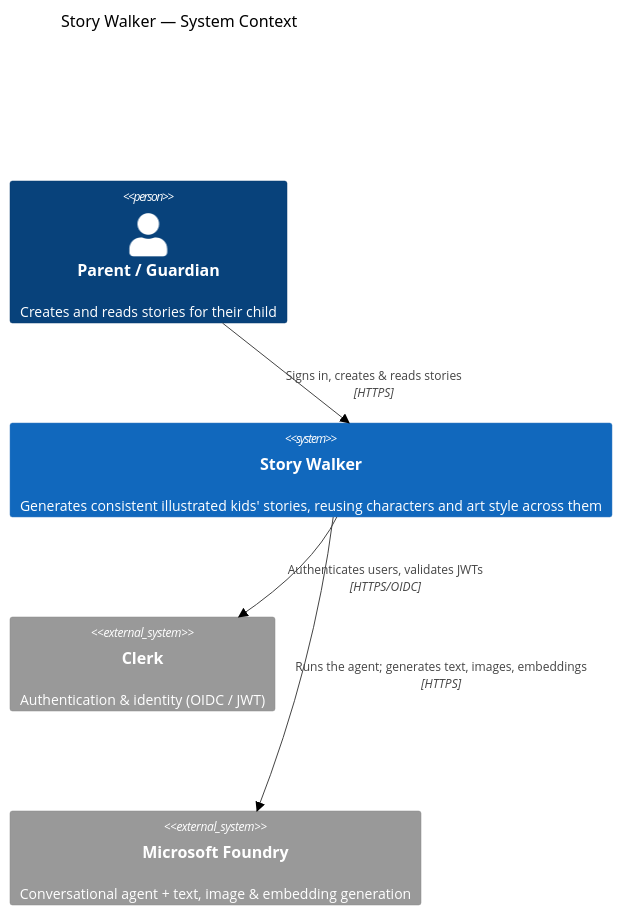
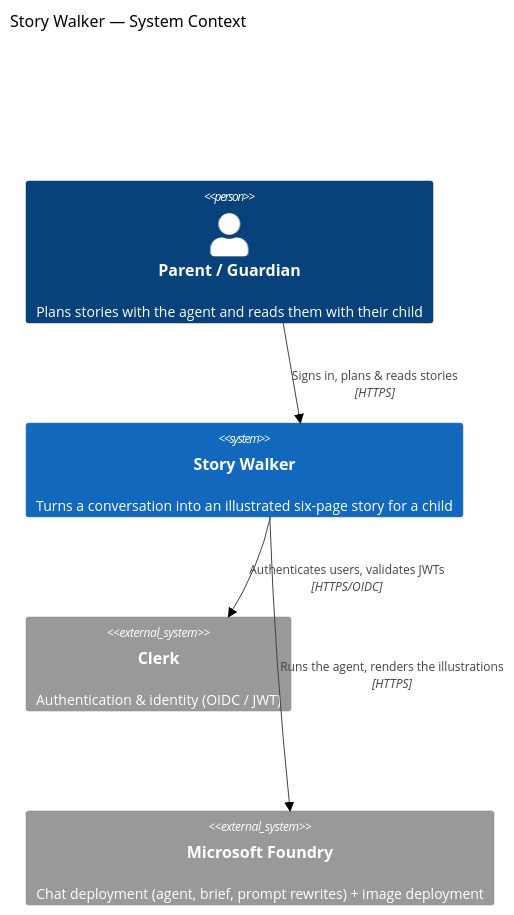
Before and after one commit to Luega/story_walker: the first of 4 diagrams in docs/diagrams/c4-context-container.md, drawn with Mermaid (neutral theme). The commit also changed other lines of this file and 1 other file, not shown here.

First line of the commit message:
DOCS: - redraw the C4 and ER diagrams for the model as it is now.

````diff
--- a/docs/diagrams/c4-context-container.md
+++ b/docs/diagrams/c4-context-container.md
@@ -11,17 +12,17 @@
 ```mermaid
 C4Context
     title Story Walker — System Context
 
-    Person(parent, "Parent / Guardian", "Creates and reads stories for their child")
+    Person(parent, "Parent / Guardian", "Plans stories with the agent and reads them with their child")
 
-    System(storyWalker, "Story Walker", "Generates consistent illustrated kids' stories, reusing characters and art style across them")
+    System(storyWalker, "Story Walker", "Turns a conversation into an illustrated six-page story for a child")
 
     System_Ext(clerk, "Clerk", "Authentication & identity (OIDC / JWT)")
-    System_Ext(foundry, "Microsoft Foundry", "Conversational agent + text, image & embedding generation")
+    System_Ext(foundry, "Microsoft Foundry", "Chat deployment (agent, brief, prompt rewrites) + image deployment")
 
-    Rel(parent, storyWalker, "Signs in, creates & reads stories", "HTTPS")
+    Rel(parent, storyWalker, "Signs in, plans & reads stories", "HTTPS")
     Rel(storyWalker, clerk, "Authenticates users, validates JWTs", "HTTPS/OIDC")
-    Rel(storyWalker, foundry, "Runs the agent; generates text, images, embeddings", "HTTPS")
+    Rel(storyWalker, foundry, "Runs the agent, renders the illustrations", "HTTPS")
 
     UpdateLayoutConfig($c4ShapeInRow="2", $c4BoundaryInRow="1")
 ```
````
